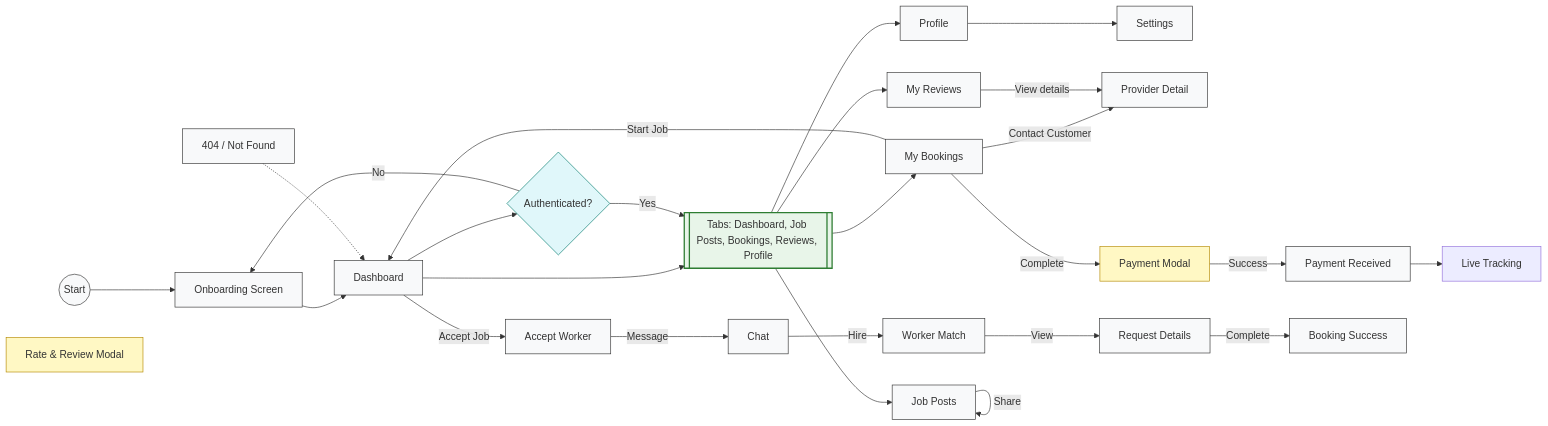
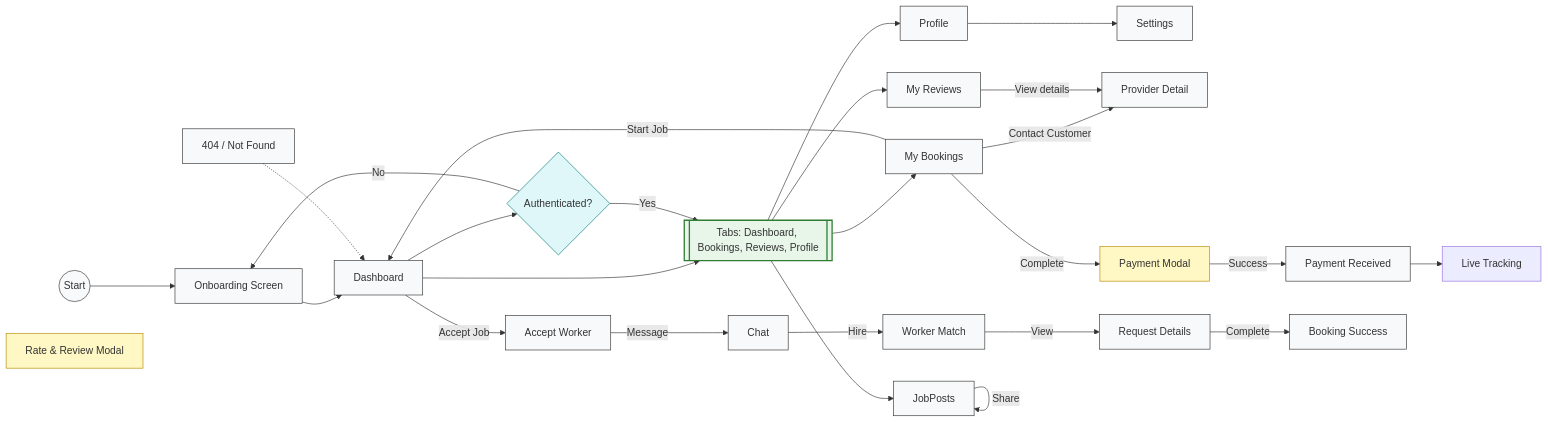
The diagram in apps/mobile/docs/worker-flow.md (Vanitazsz/ayos-final), drawn with Mermaid before and after one commit. The commit also changed other lines of this file and 31 other files, not shown here.

````diff
--- a/apps/mobile/docs/worker-flow.md
+++ b/apps/mobile/docs/worker-flow.md
@@ -53,66 +52,65 @@
 ```mermaid
 flowchart LR
   %% Nodes
   Start((Start))
   Onboarding[Onboarding Screen]
   WorkerDashboard[Dashboard]
-  Tabs[[Tabs: Dashboard, Job Posts, Bookings, Reviews, Profile]]
-  JobPosts[Job Posts]
+  Tabs[[Tabs: Dashboard, Bookings, Reviews, Profile]]
   BookingsList[My Bookings]
   ReviewsTab[My Reviews]
   ProfileTab[Profile]
   Settings[Settings]
   ProviderDetail[Provider Detail]
   Payment[Payment Modal]
   PaymentReceived[Payment Received]
   Tracking[Live Tracking]
   ReviewModal[Rate & Review Modal]
   AcceptWorker[Accept Worker]
   Chat[Chat]
   Match[Worker Match]
   RequestDetails[Request Details]
   BookingSuccess[Booking Success]
   NotFound[404 / Not Found]
 
   %% Flow
   Start --> Onboarding
   Onboarding --> WorkerDashboard
   WorkerDashboard --> Tabs
   Tabs --> JobPosts
   Tabs --> BookingsList
   Tabs --> ReviewsTab
   Tabs --> ProfileTab
 
   JobPosts -->|Comment / Offer| JobPosts
   JobPosts -->|Share| JobPosts
   BookingsList -->|Start Job| WorkerDashboard
   BookingsList -->|Complete| Payment
   BookingsList -->|Contact Customer| ProviderDetail
   ReviewsTab -->|View details| ProviderDetail
   ProfileTab --> Settings
 
   WorkerDashboard -->|Accept Job| AcceptWorker
   AcceptWorker -->|Message| Chat
   Chat -->|Hire| Match
   Match -->|View| RequestDetails
   RequestDetails -->|Complete| BookingSuccess
   Payment -->|Success| PaymentReceived
   PaymentReceived --> Tracking
 
   NotFound -.-> WorkerDashboard
 
   %% Decisions
   hasAuth{Authenticated?}
   WorkerDashboard --> hasAuth
   hasAuth -->|No| Onboarding
   hasAuth -->|Yes| Tabs
 
   classDef screen fill:#f8f9fa,stroke:#333,stroke-width:1px;
   classDef modal fill:#fff8c4,stroke:#b58900;
   classDef decision fill:#e0f7fa,stroke:#00796b,stroke-width:1px;
   classDef tabgroup fill:#e8f5e9,stroke:#2e7d32,stroke-width:2px;
   class Start,Onboarding,WorkerDashboard,JobPosts,BookingsList,ReviewsTab,ProfileTab,Settings,ProviderDetail,AcceptWorker,Chat,Match,RequestDetails,BookingSuccess,PaymentReceived,NotFound screen;
   class Payment,ReviewModal modal;
   class hasAuth decision;
   class Tabs tabgroup;
 ```
````
